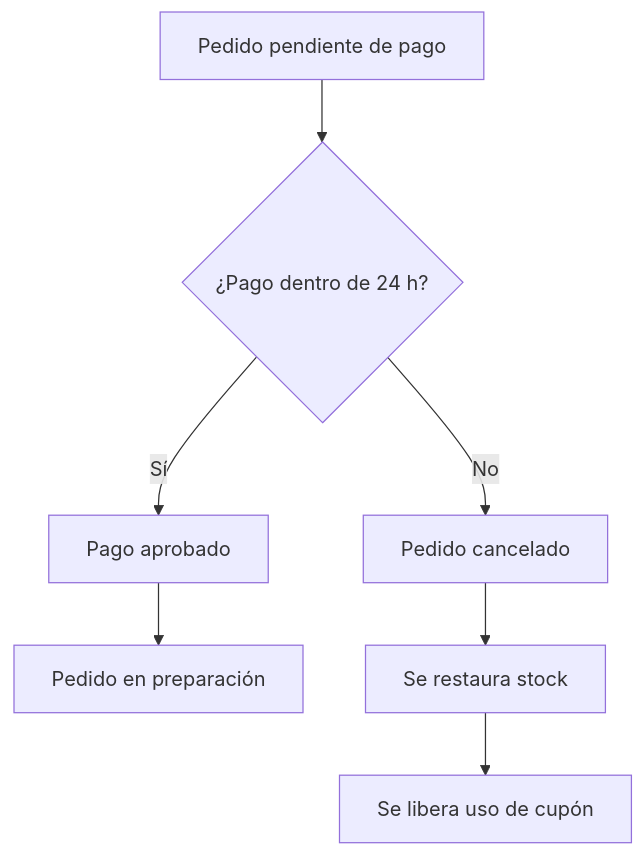
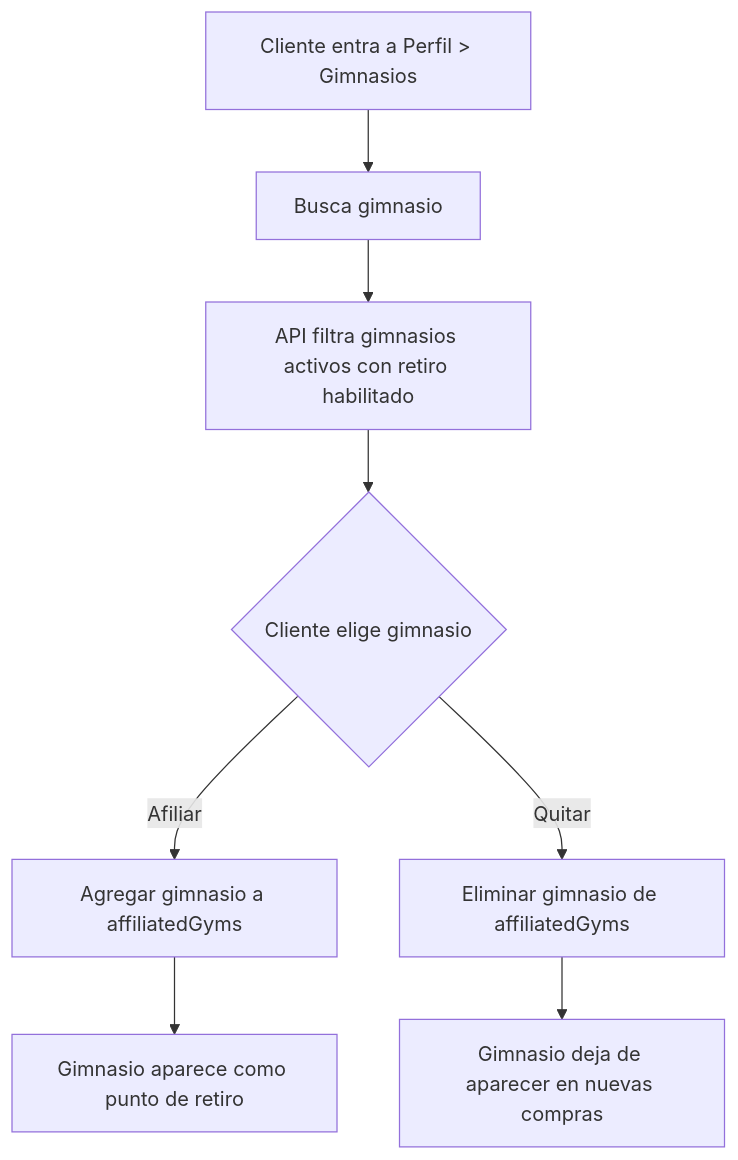
Before and after one commit to IvanNario/gymverse: the fourth of 9 diagrams in documentacion/03_diagramas.md, drawn with Mermaid. The commit also changed other lines of this file and 23 other files, not shown here.

````diff
--- a/documentacion/03_diagramas.md
+++ b/documentacion/03_diagramas.md
@@ -38,9 +59,10 @@
 ```mermaid
 flowchart TD
-    A["Pedido pendiente de pago"] --> B{"¿Pago dentro de 24 h?"}
-    B -->|Sí| C["Pago aprobado"]
-    C --> D["Pedido en preparación"]
-    B -->|No| E["Pedido cancelado"]
-    E --> F["Se restaura stock"]
-    F --> G["Se libera uso de cupón"]
+  A["Cliente entra a Perfil > Gimnasios"] --> B["Busca gimnasio"]
+  B --> C["API filtra gimnasios activos con retiro habilitado"]
+  C --> D{"Cliente elige gimnasio"}
+  D -->|Afiliar| E["Agregar gimnasio a affiliatedGyms"]
+  D -->|Quitar| F["Eliminar gimnasio de affiliatedGyms"]
+  E --> G["Gimnasio aparece como punto de retiro"]
+  F --> H["Gimnasio deja de aparecer en nuevas compras"]
 ```
````
